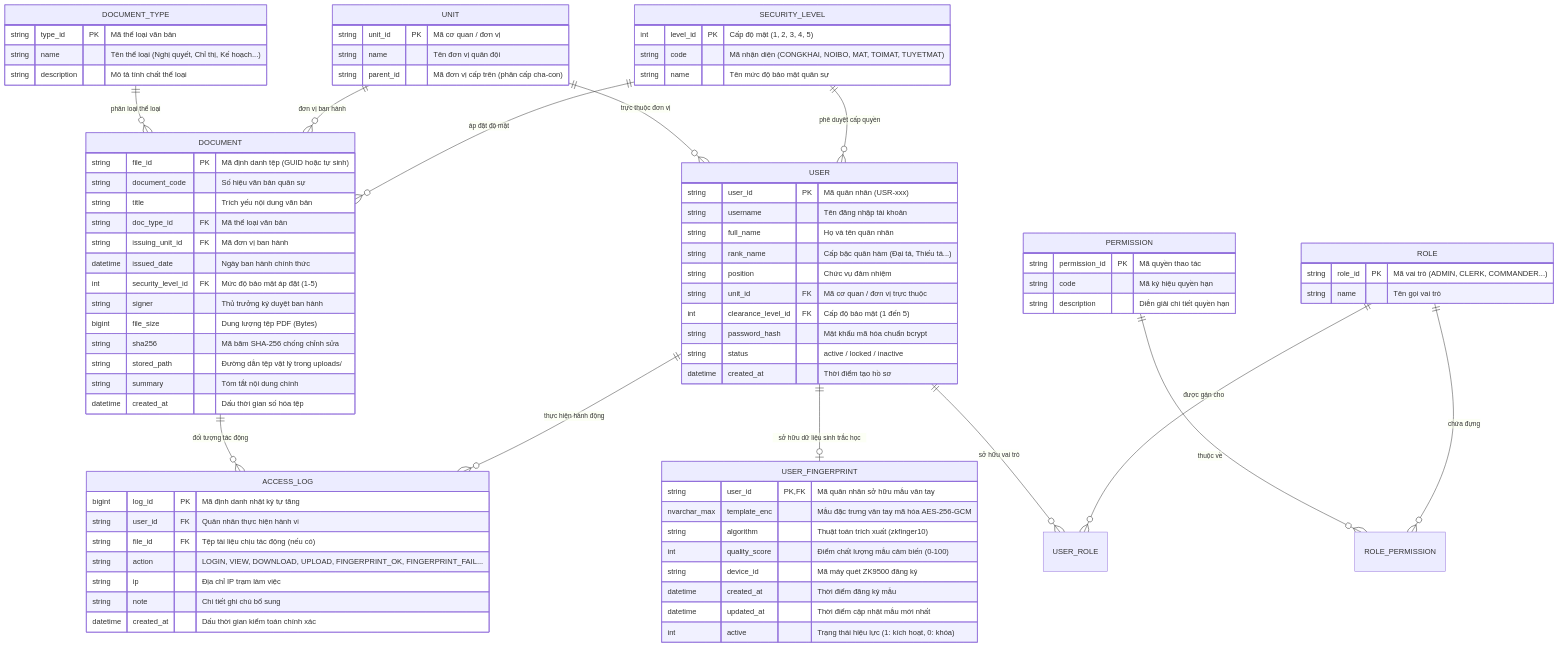
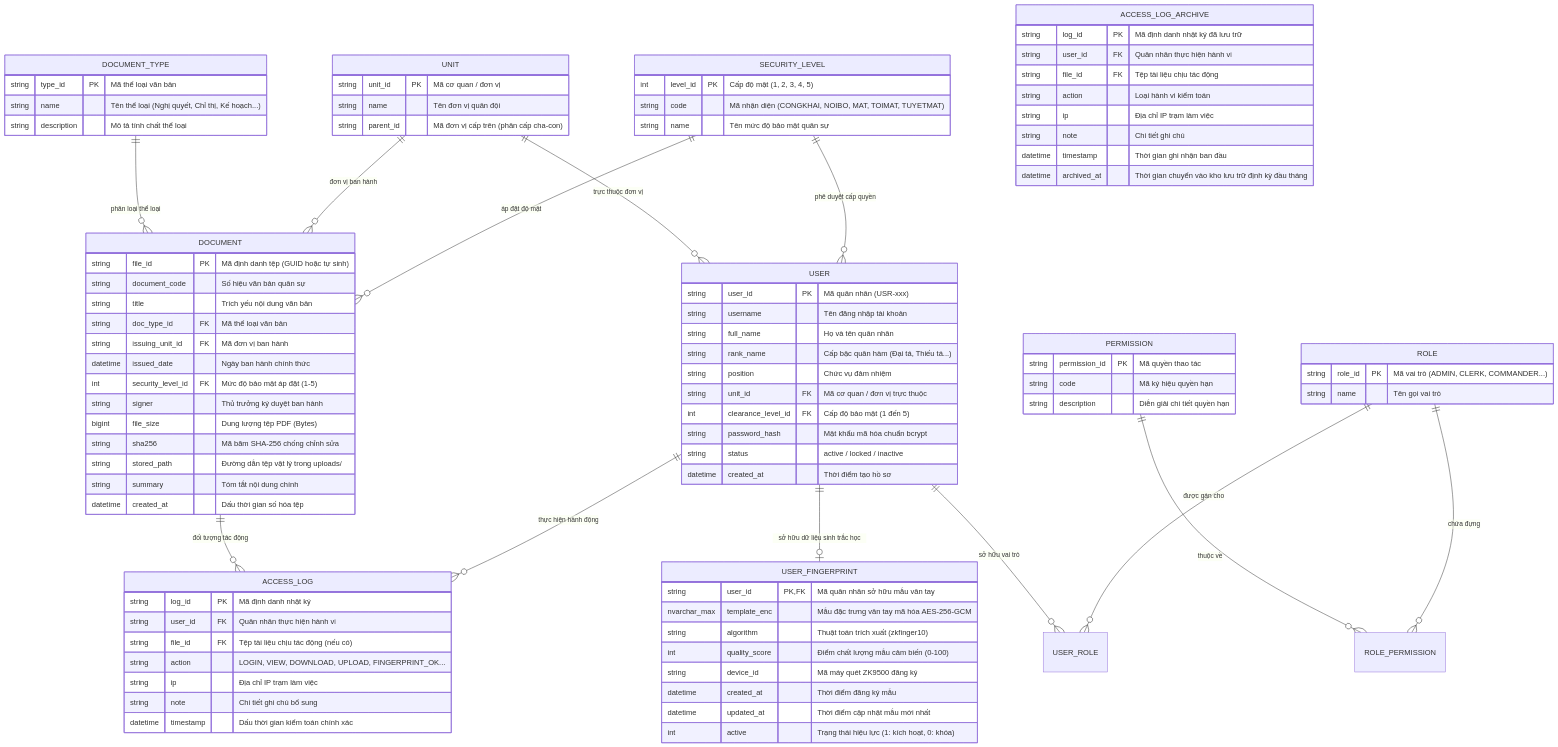
Before and after one commit to NguyenHaiAnh08/qk7-datahub: the fifth of 5 diagrams in SYSTEM_ARCHITECTURE.md, drawn with Mermaid. The commit also changed 33 other files, not shown here.

```diff
--- a/SYSTEM_ARCHITECTURE.md
+++ b/SYSTEM_ARCHITECTURE.md
@@ -483,13 +483,24 @@
     }
 
     ACCESS_LOG {
-        bigint log_id PK "Mã định danh nhật ký tự tăng"
+        string log_id PK "Mã định danh nhật ký"
         string user_id FK "Quân nhân thực hiện hành vi"
         string file_id FK "Tệp tài liệu chịu tác động (nếu có)"
-        string action "LOGIN, VIEW, DOWNLOAD, UPLOAD, FINGERPRINT_OK, FINGERPRINT_FAIL..."
+        string action "LOGIN, VIEW, DOWNLOAD, UPLOAD, FINGERPRINT_OK..."
         string ip "Địa chỉ IP trạm làm việc"
         string note "Chi tiết ghi chú bổ sung"
-        datetime created_at "Dấu thời gian kiểm toán chính xác"
+        datetime timestamp "Dấu thời gian kiểm toán chính xác"
+    }
+
+    ACCESS_LOG_ARCHIVE {
+        string log_id PK "Mã định danh nhật ký đã lưu trữ"
+        string user_id FK "Quân nhân thực hiện hành vi"
+        string file_id FK "Tệp tài liệu chịu tác động"
+        string action "Loại hành vi kiểm toán"
+        string ip "Địa chỉ IP trạm làm việc"
+        string note "Chi tiết ghi chú"
+        datetime timestamp "Thời gian ghi nhận ban đầu"
+        datetime archived_at "Thời gian chuyển vào kho lưu trữ định kỳ đầu tháng"
     }
 
     ROLE {
```
